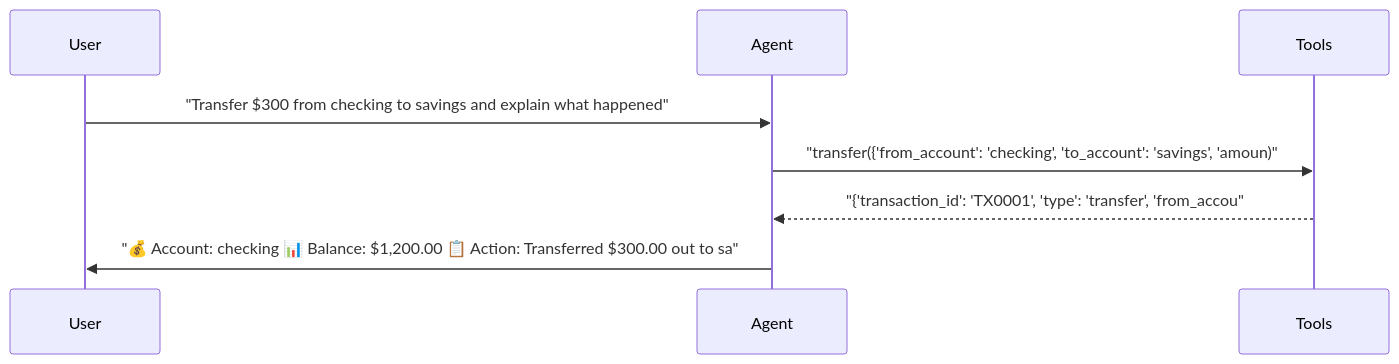
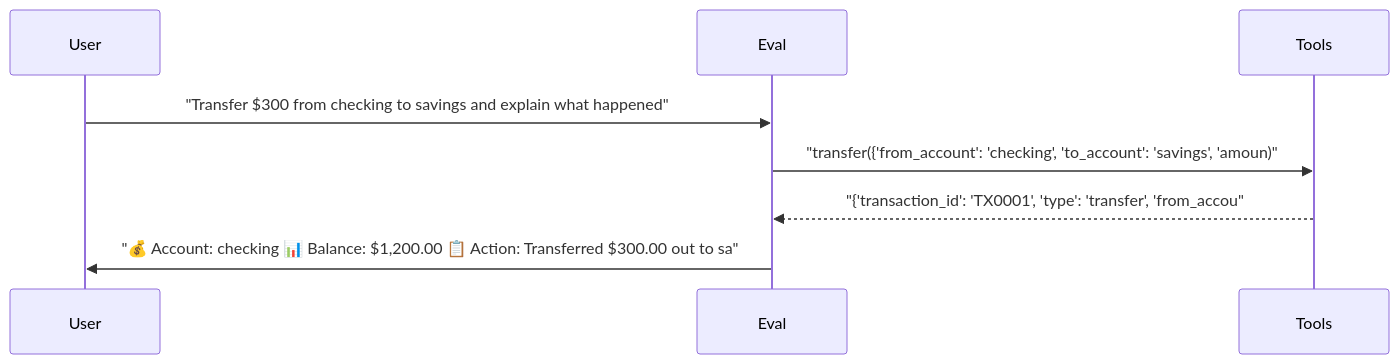
The sixth of 6 diagrams in docs/reports/05_prompt_comparison.md (sbroenne/pytest-skill-engineering), drawn with Mermaid before and after one commit. The commit also changed other lines of this file and 155 other files, not shown here.

````diff
--- a/docs/reports/05_prompt_comparison.md
+++ b/docs/reports/05_prompt_comparison.md
@@ -395,11 +395,11 @@
 ```mermaid
 sequenceDiagram
     participant User
-    participant Agent
+    participant Eval
     participant Tools
 
-    User->>Agent: "Transfer $300 from checking to savings and explain what happened"
-    Agent->>Tools: "transfer({'from_account': 'checking', 'to_account': 'savings', 'amoun)"
-    Tools-->>Agent: "{'transaction_id': 'TX0001', 'type': 'transfer', 'from_accou"
-    Agent->>User: "💰 Account: checking 📊 Balance: $1,200.00 📋 Action: Transferred $300.00 out to sa"
+    User->>Eval: "Transfer $300 from checking to savings and explain what happened"
+    Eval->>Tools: "transfer({'from_account': 'checking', 'to_account': 'savings', 'amoun)"
+    Tools-->>Eval: "{'transaction_id': 'TX0001', 'type': 'transfer', 'from_accou"
+    Eval->>User: "💰 Account: checking 📊 Balance: $1,200.00 📋 Action: Transferred $300.00 out to sa"
 ```
````
